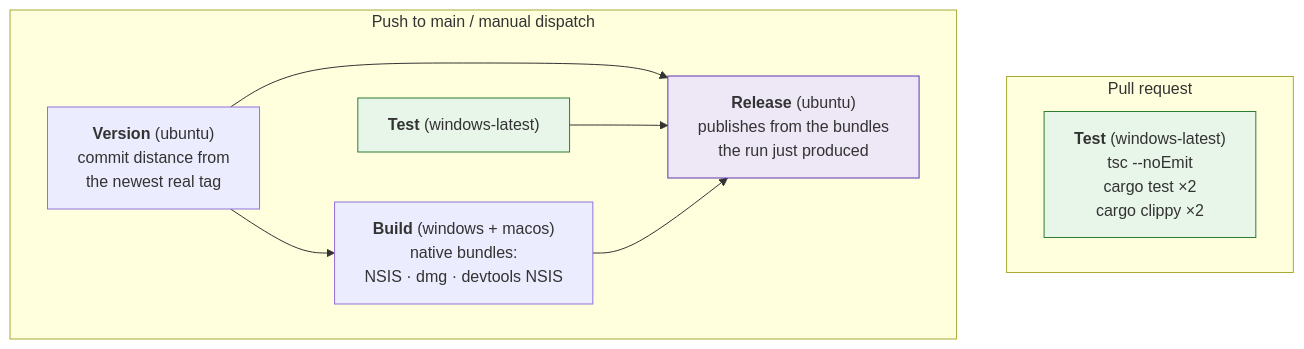
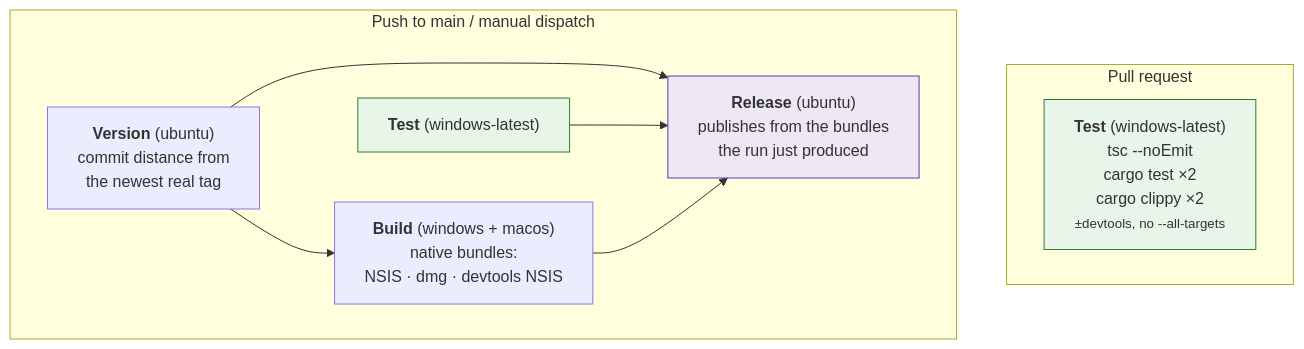
The first of 3 diagrams in docs/ci-and-releases.md (NinjaGoldfinch/ninja-recorder), drawn with Mermaid before and after one commit. The commit also changed other lines of this file and 3 other files, not shown here.

````diff
--- a/docs/ci-and-releases.md
+++ b/docs/ci-and-releases.md
@@ -14,19 +14,19 @@
 ```mermaid
 flowchart TB
     subgraph PR["Pull request"]
-        T1["<b>Test</b> (windows-latest)<br/>tsc --noEmit<br/>cargo test ×2<br/>cargo clippy ×2"]
+        T1["<b>Test</b> (windows-latest)<br/>tsc --noEmit<br/>cargo test ×2<br/>cargo clippy ×2<br/><small>±devtools, no --all-targets</small>"]
     end
     subgraph MAIN["Push to main / manual dispatch"]
         T["<b>Test</b> (windows-latest)"]
         V["<b>Version</b> (ubuntu)<br/>commit distance from<br/>the newest real tag"]
         B["<b>Build</b> (windows + macos)<br/>native bundles:<br/>NSIS · dmg · devtools NSIS"]
         R["<b>Release</b> (ubuntu)<br/>publishes from the bundles<br/>the run just produced"]
         V --> B
         V --> R
         T --> R
         B --> R
     end
     style T1 fill:#e8f5e9,stroke:#2e7d32
     style T fill:#e8f5e9,stroke:#2e7d32
     style R fill:#ede7f6,stroke:#5e35b1
 ```
````
